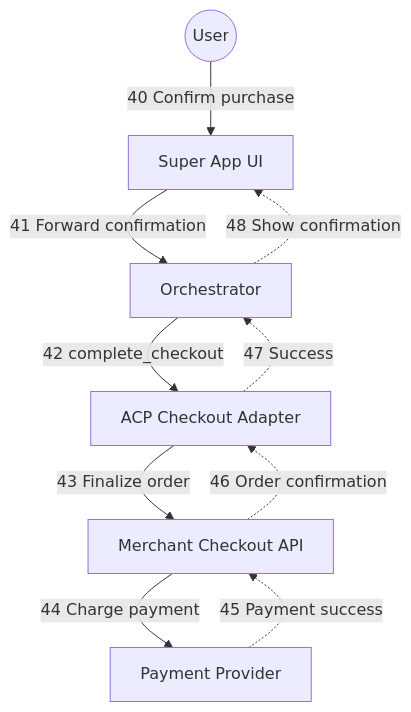
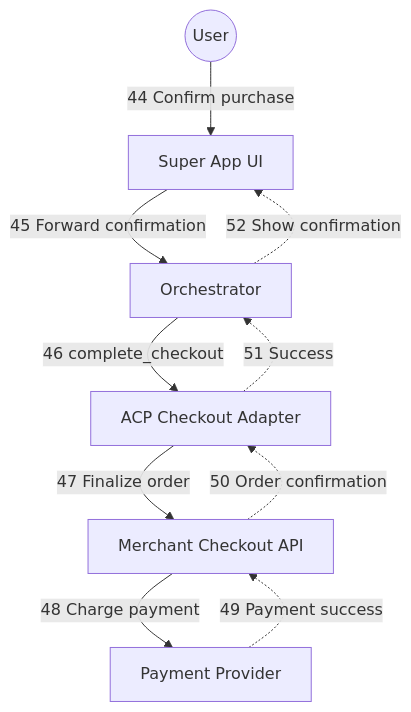
Before and after one commit to zhuohanl/agentic-commerce-protocol-demo: the sixth of 7 diagrams in understanding/design/layered-architecture-mvp.md, drawn with Mermaid. The commit also changed other lines of this file and 2 other files, not shown here.

````diff
--- a/understanding/design/layered-architecture-mvp.md
+++ b/understanding/design/layered-architecture-mvp.md
@@ -406,12 +440,12 @@
 ```mermaid
 flowchart TB
-User((User)) -->|40 Confirm purchase| UI[Super App UI]
-UI -->|41 Forward confirmation| Orch[Orchestrator]
-Orch -->|42 complete_checkout| ACP[ACP Checkout Adapter]
-ACP -->|43 Finalize order| MerchantAPI[Merchant Checkout API]
-MerchantAPI -->|44 Charge payment| PSP[Payment Provider]
-PSP -.->|45 Payment success| MerchantAPI
-MerchantAPI -.->|46 Order confirmation| ACP
-ACP -.->|47 Success| Orch
-Orch -.->|48 Show confirmation| UI
+User((User)) -->|44 Confirm purchase| UI[Super App UI]
+UI -->|45 Forward confirmation| Orch[Orchestrator]
+Orch -->|46 complete_checkout| ACP[ACP Checkout Adapter]
+ACP -->|47 Finalize order| MerchantAPI[Merchant Checkout API]
+MerchantAPI -->|48 Charge payment| PSP[Payment Provider]
+PSP -.->|49 Payment success| MerchantAPI
+MerchantAPI -.->|50 Order confirmation| ACP
+ACP -.->|51 Success| Orch
+Orch -.->|52 Show confirmation| UI
 ```
````
